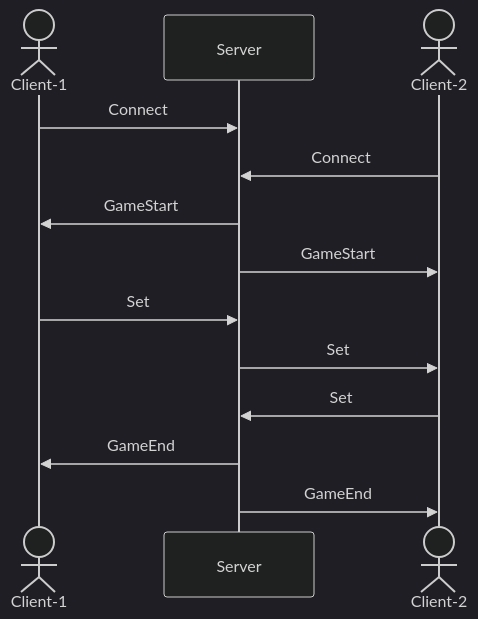
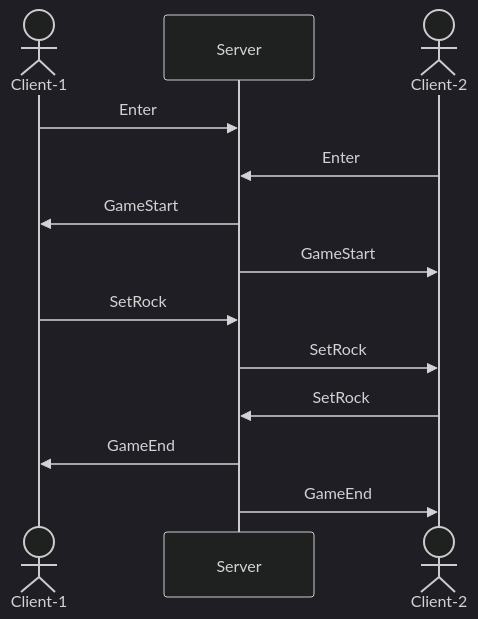
The diagram in README.md (jaeunify/csharp-socket-gomoku), drawn with Mermaid (dark theme) before and after one commit. The commit also changed other lines of this file, not shown here.

````diff
--- a/README.md
+++ b/README.md
@@ -109,20 +109,20 @@
 ```mermaid
 sequenceDiagram
         actor c1 as Client-1
         participant s as Server
         actor c2 as Client-2
 
-        c1->>s: Connect
-        c2->>s: Connect
+        c1->>s: Enter
+        c2->>s: Enter
 
         s->>c1: GameStart
         s->> c2: GameStart
 
-        c1->>s: Set
-        s->>c2: Set
+        c1->>s: SetRock
+        s->>c2: SetRock
 
-        c2->>s: Set
+        c2->>s: SetRock
         s->>c1: GameEnd
         s->>c2: GameEnd
 
 ```
````
